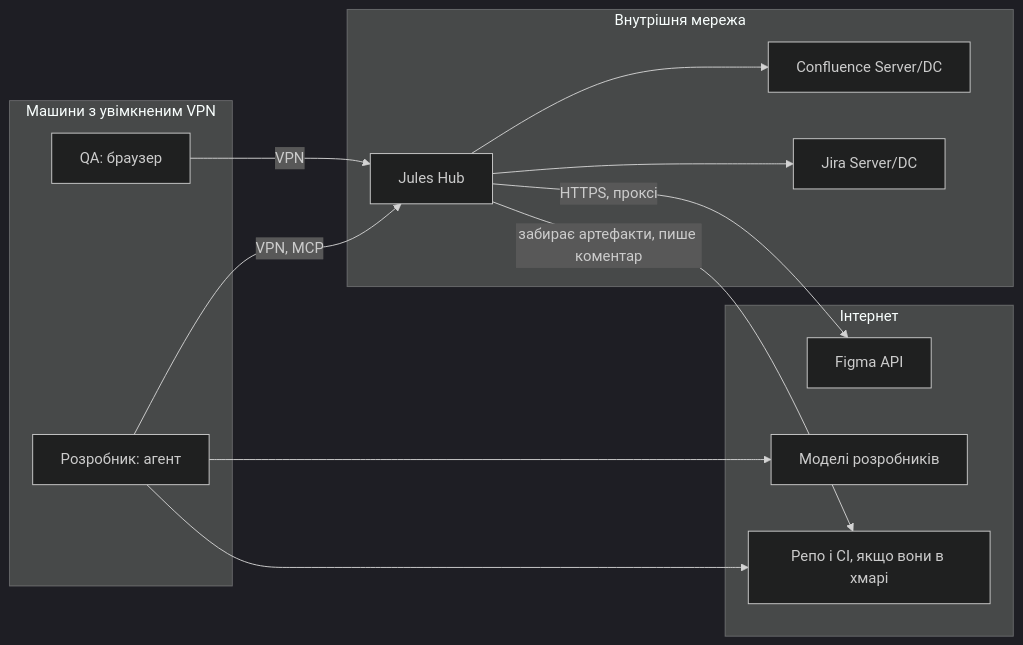
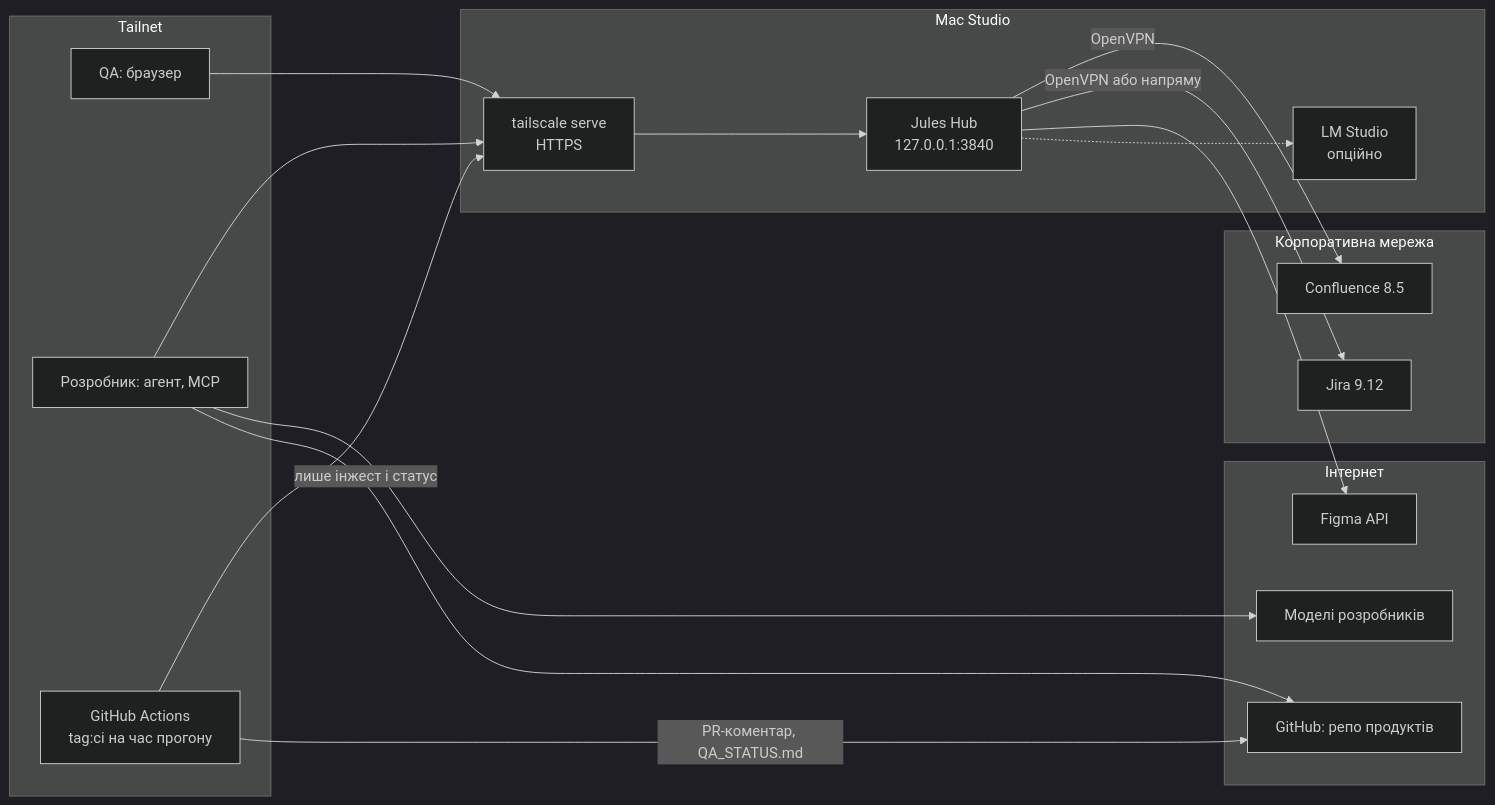
Before and after one commit to wataschi/Jules_QA: the sixth of 6 diagrams in docs/agent-driven-qa-plan.md, drawn with Mermaid (dark theme). The commit also changed other lines of this file, not shown here.

First line of the commit message:
План: Jules на Mac Studio, GitHub, версії Confluence і Jira

````diff
--- a/docs/agent-driven-qa-plan.md
+++ b/docs/agent-driven-qa-plan.md
@@ -648,25 +652,33 @@
 ```mermaid
 flowchart LR
-  subgraph Internal["Внутрішня мережа"]
-    CONFL["Confluence Server/DC"]
-    JIRA["Jira Server/DC"]
-    JULES["Jules Hub"]
+  subgraph Corp["Корпоративна мережа"]
+    CONFL["Confluence 8.5"]
+    JIRA["Jira 9.12"]
   end
-  subgraph Clients["Машини з увімкненим VPN"]
+  subgraph Mac["Mac Studio"]
+    JULES["Jules Hub<br/>127.0.0.1:3840"]
+    SERVE["tailscale serve<br/>HTTPS"]
+    LMS["LM Studio<br/>опційно"]
+  end
+  subgraph Tailnet["Tailnet"]
     QA["QA: браузер"]
-    DEV["Розробник: агент"]
+    DEV["Розробник: агент, MCP"]
+    GHA["GitHub Actions<br/>tag:ci на час прогону"]
   end
   subgraph Internet["Інтернет"]
     FIG["Figma API"]
     LLM["Моделі розробників"]
-    CICLOUD["Репо і CI, якщо вони в хмарі"]
+    GH["GitHub: репо продуктів"]
   end
-  JULES --> CONFL
-  JULES --> JIRA
-  JULES -- "HTTPS, проксі" --> FIG
-  JULES -- "забирає артефакти, пише коментар" --> CICLOUD
-  QA -- "VPN" --> JULES
-  DEV -- "VPN, MCP" --> JULES
+  JULES -- "OpenVPN" --> CONFL
+  JULES -- "OpenVPN або напряму" --> JIRA
+  JULES --> FIG
+  JULES -.-> LMS
+  SERVE --> JULES
+  QA --> SERVE
+  DEV --> SERVE
+  GHA -- "лише інжест і статус" --> SERVE
+  GHA -- "PR-коментар, QA_STATUS.md" --> GH
   DEV --> LLM
-  DEV --> CICLOUD
+  DEV --> GH
 ```
````
